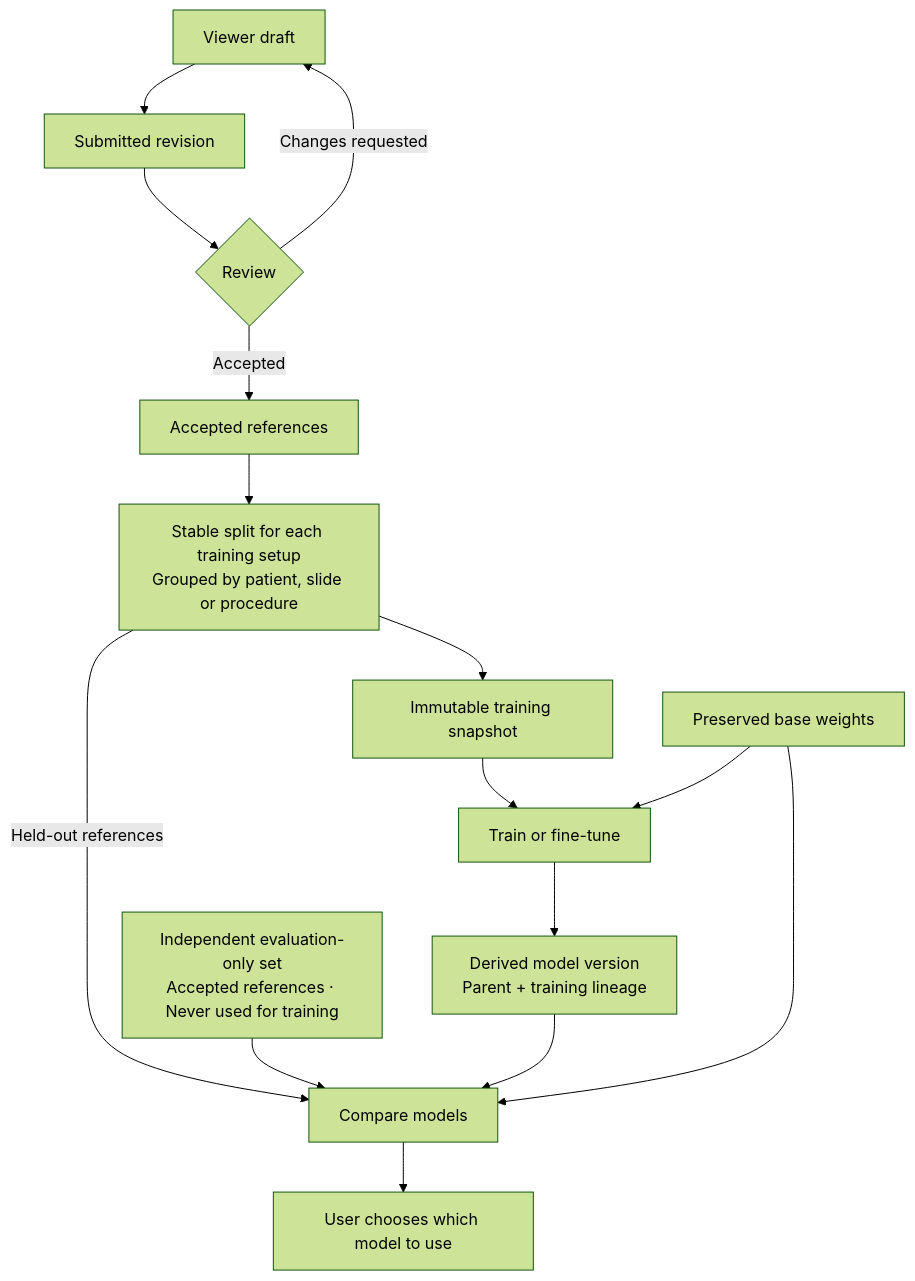
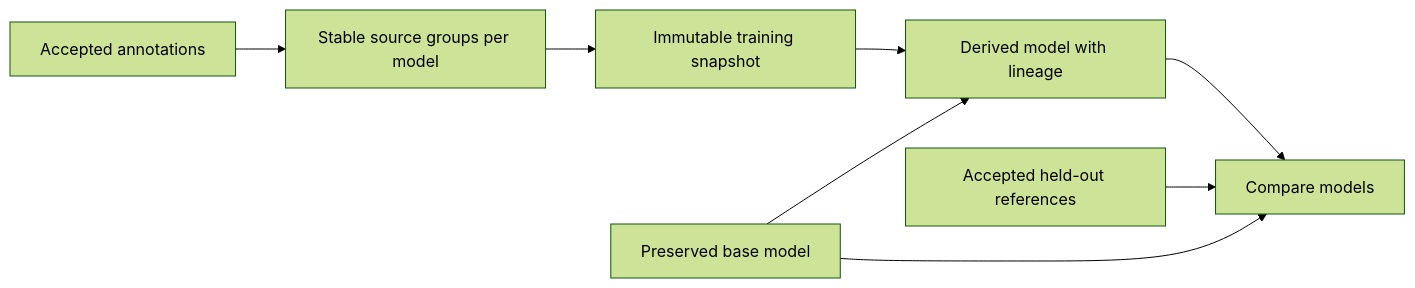
Before and after one commit to Project-MONAI/MONAILabel: the second of 2 diagrams in docs/design.md, drawn with Mermaid (forest theme). The commit also changed other lines of this file and 547 other files, not shown here.

````diff
--- a/docs/design.md
+++ b/docs/design.md
@@ -127,17 +33,10 @@
 ```mermaid
-flowchart TB
-    Draft["Viewer draft"] --> Submitted["Submitted revision"]
-    Submitted --> Review{"Review"}
-    Review -->|Changes requested| Draft
-    Review -->|Accepted| References["Accepted references"]
-    References --> Split["Stable split for each training setup<br/>Grouped by patient, slide or procedure"]
-    Split --> Snapshot["Immutable training snapshot"]
-    Snapshot --> Train["Train or fine-tune"]
-    Base["Preserved base weights"] --> Train
-    Train --> Derived["Derived model version<br/>Parent + training lineage"]
-    Split -->|Held-out references| Compare["Compare models"]
-    Evaluation["Independent evaluation-only set<br/>Accepted references · Never used for training"] --> Compare
+flowchart LR
+    Accepted[Accepted annotations] --> Split[Stable source groups per model]
+    Split --> Train[Immutable training snapshot]
+    Train --> Derived[Derived model with lineage]
+    Base[Preserved base model] --> Derived
+    HeldOut[Accepted held-out references] --> Compare[Compare models]
+    Base --> Compare
     Derived --> Compare
-    Base --> Compare
-    Compare --> Choice["User chooses which model to use"]
 ```
````
